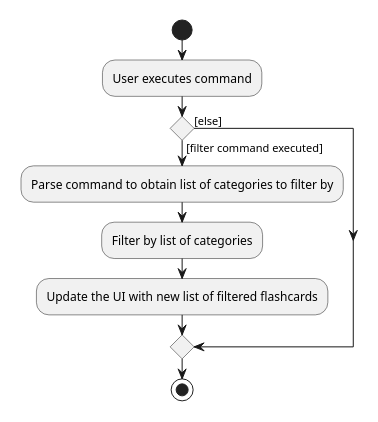
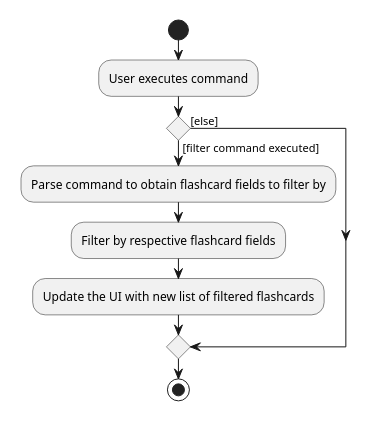
Before and after one commit to nus-cs2103-AY2021S1/tp: the diagram in docs/diagrams/FilterActivityDiagram.puml, drawn with PlantUML. The commit also changed 4 other files, not shown here.

```diff
--- a/docs/diagrams/FilterActivityDiagram.puml
+++ b/docs/diagrams/FilterActivityDiagram.puml
@@ -1,16 +1,16 @@
 @startuml
 scale 0.5
 start
 :User executes command;
 
 'Since the beta syntax does not support placing the condition outside the
 'diamond we place it as the true branch instead.
 
 if () then ([filter command executed])
-    :Parse command to obtain list of categories to filter by;
-    :Filter by list of categories;
+    :Parse command to obtain flashcard fields to filter by;
+    :Filter by respective flashcard fields;
     :Update the UI with new list of filtered flashcards;
 else ([else])
 endif
 stop
 @enduml
```
